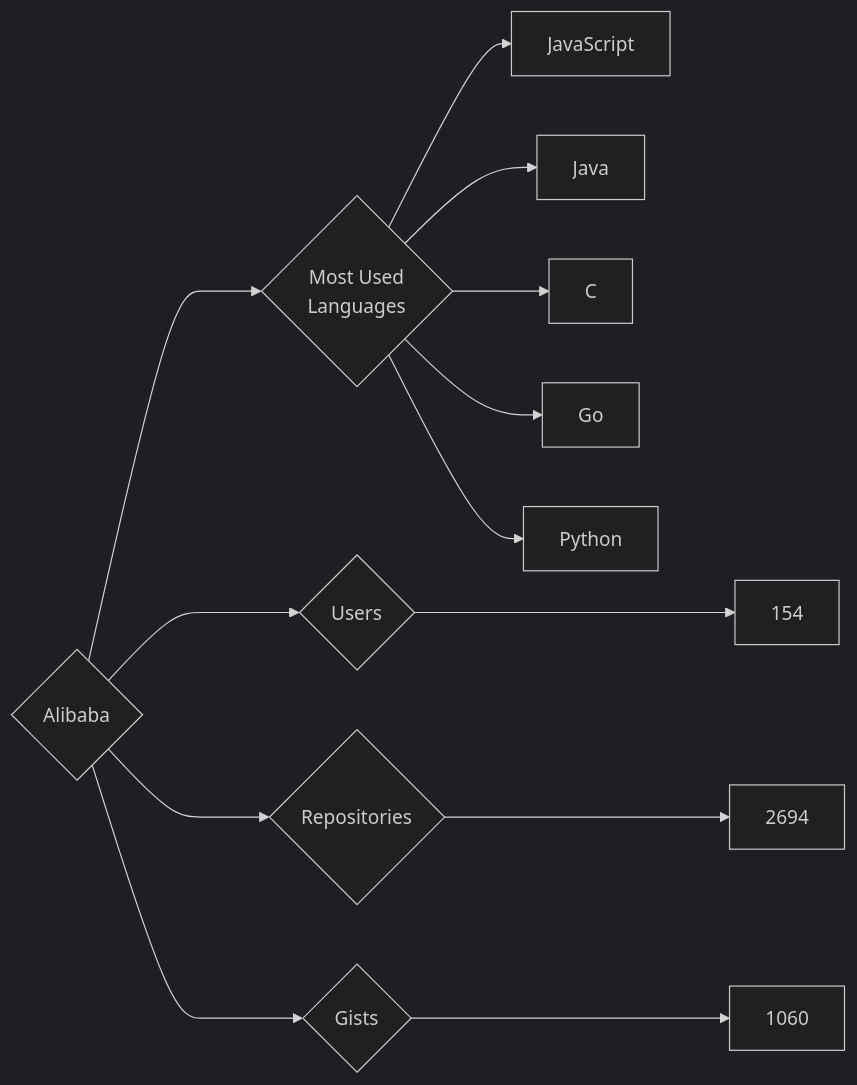
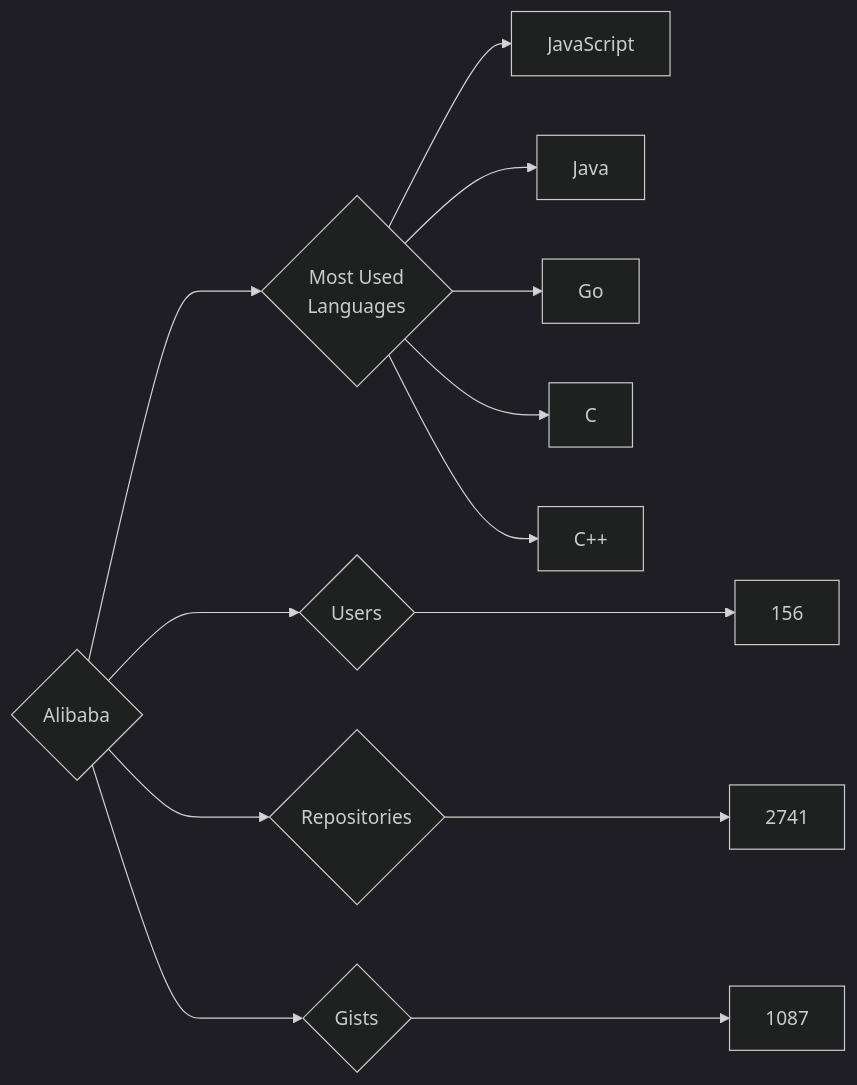
One commit to trickest/insiders changed the diagram in targets/Alibaba/README.md. Above: the diagram before and after it, drawn with Mermaid (dark theme). The commit also changed 951 other files, not shown here.

````diff
--- a/targets/Alibaba/README.md
+++ b/targets/Alibaba/README.md
@@ -3,13 +3,13 @@
 ```mermaid
 graph LR
 COMPANY_NAME{Alibaba}
-COMPANY_NAME ---> U{Users} ---> UN[154]
-COMPANY_NAME ---> R{Repositories} ---> RN[2694]
-COMPANY_NAME ---> G{Gists} ---> GN[1060]
+COMPANY_NAME ---> U{Users} ---> UN[156]
+COMPANY_NAME ---> R{Repositories} ---> RN[2741]
+COMPANY_NAME ---> G{Gists} ---> GN[1087]
 COMPANY_NAME ---> ML{Most Used<br>Languages}
 ML --> JavaScript[JavaScript]
 ML --> Java[Java]
+ML --> Go[Go]
 ML --> C[C]
-ML --> Go[Go]
-ML --> Python[Python]
+ML --> C++[C++]
 ```
````
